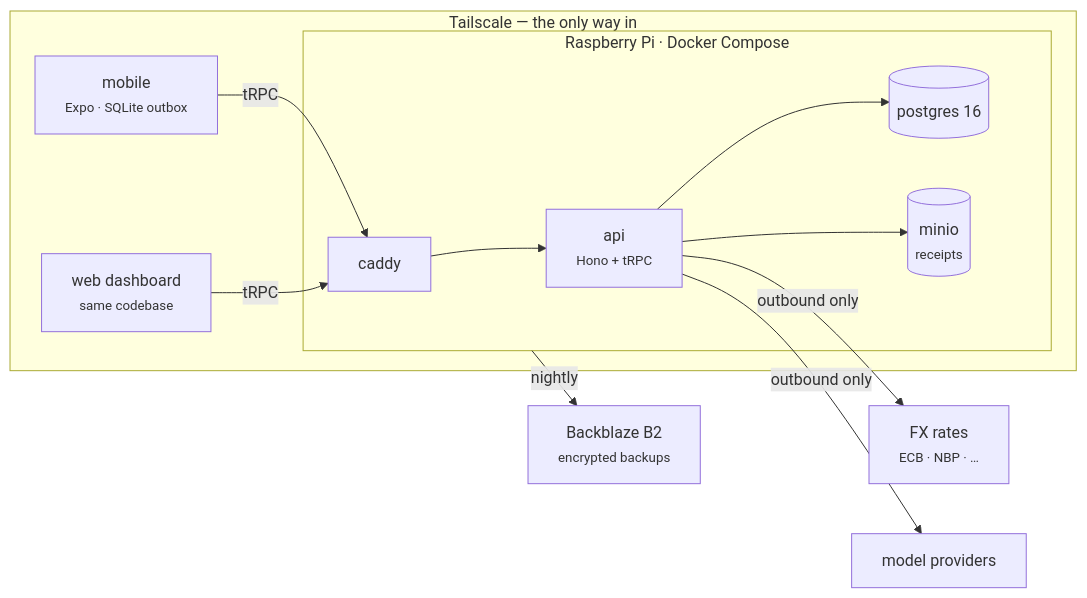
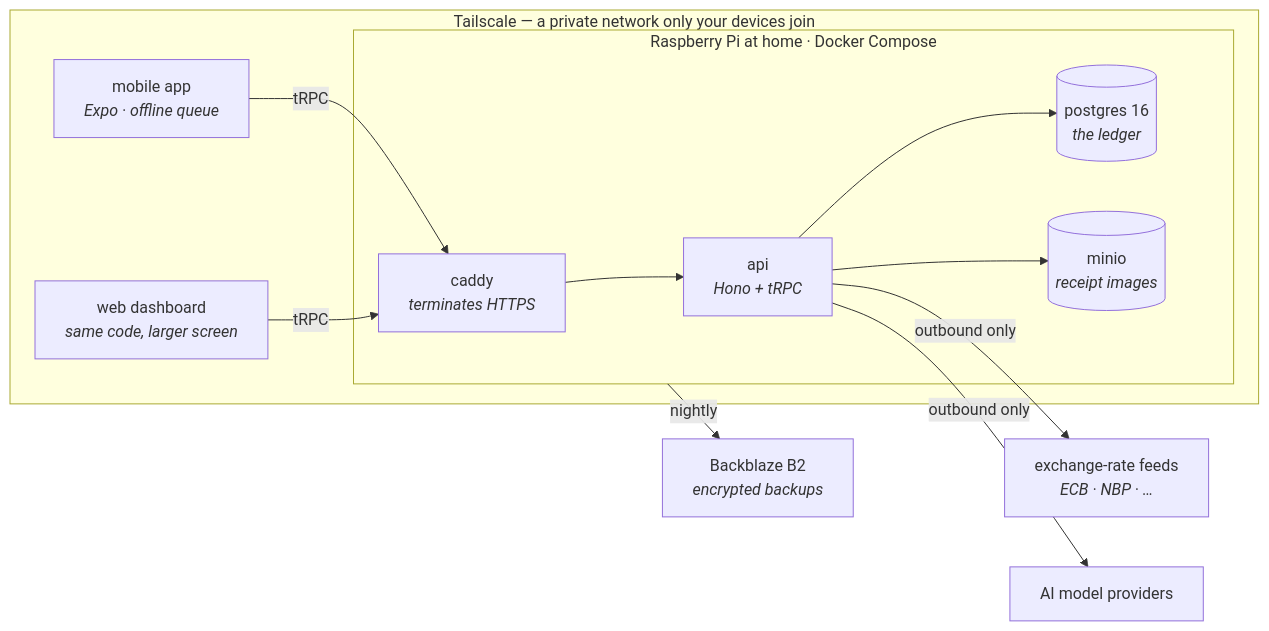
The first of 2 diagrams in docs/wiki/Home.md (VoltLightning/waltning), drawn with Mermaid before and after one commit. The commit also changed other lines of this file and 20 other files, not shown here.

First line of the commit message:
Draw the system, say it in plain English — and fix the diagrams that were losing their labels (#18)

````diff
--- a/docs/wiki/Home.md
+++ b/docs/wiki/Home.md
@@ -13,21 +20,21 @@
 ```mermaid
 graph LR
-    subgraph tailnet["Tailscale — the only way in"]
-        PHONE["mobile<br/><small>Expo · SQLite outbox</small>"]
-        WEB["web dashboard<br/><small>same codebase</small>"]
-        subgraph pi["Raspberry Pi · Docker Compose"]
-            CADDY["caddy"]
-            API["api<br/><small>Hono + tRPC</small>"]
-            PG[("postgres 16")]
-            MINIO[("minio<br/><small>receipts</small>")]
+    subgraph tailnet["Tailscale — a private network only your devices join"]
+        PHONE["mobile app<br/><i>Expo · offline queue</i>"]
+        WEB["web dashboard<br/><i>same code, larger screen</i>"]
+        subgraph pi["Raspberry Pi at home · Docker Compose"]
+            CADDY["caddy<br/><i>terminates HTTPS</i>"]
+            API["api<br/><i>Hono + tRPC</i>"]
+            PG[("postgres 16<br/><i>the ledger</i>")]
+            MINIO[("minio<br/><i>receipt images</i>")]
         end
     end
-    FX["FX rates<br/><small>ECB · NBP · …</small>"]
-    LLM["model providers"]
-    B2["Backblaze B2<br/><small>encrypted backups</small>"]
+    FX["exchange-rate feeds<br/><i>ECB · NBP · …</i>"]
+    LLM["AI model providers"]
+    B2["Backblaze B2<br/><i>encrypted backups</i>"]
 
     PHONE & WEB -->|tRPC| CADDY --> API
     API --> PG & MINIO
     API -->|outbound only| FX & LLM
     pi -->|nightly| B2
 ```
````
